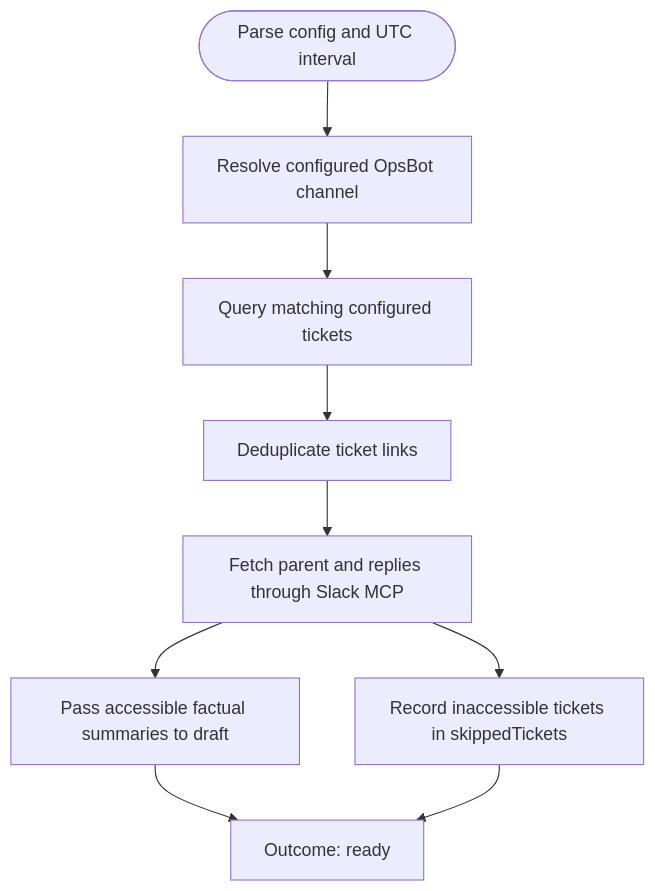
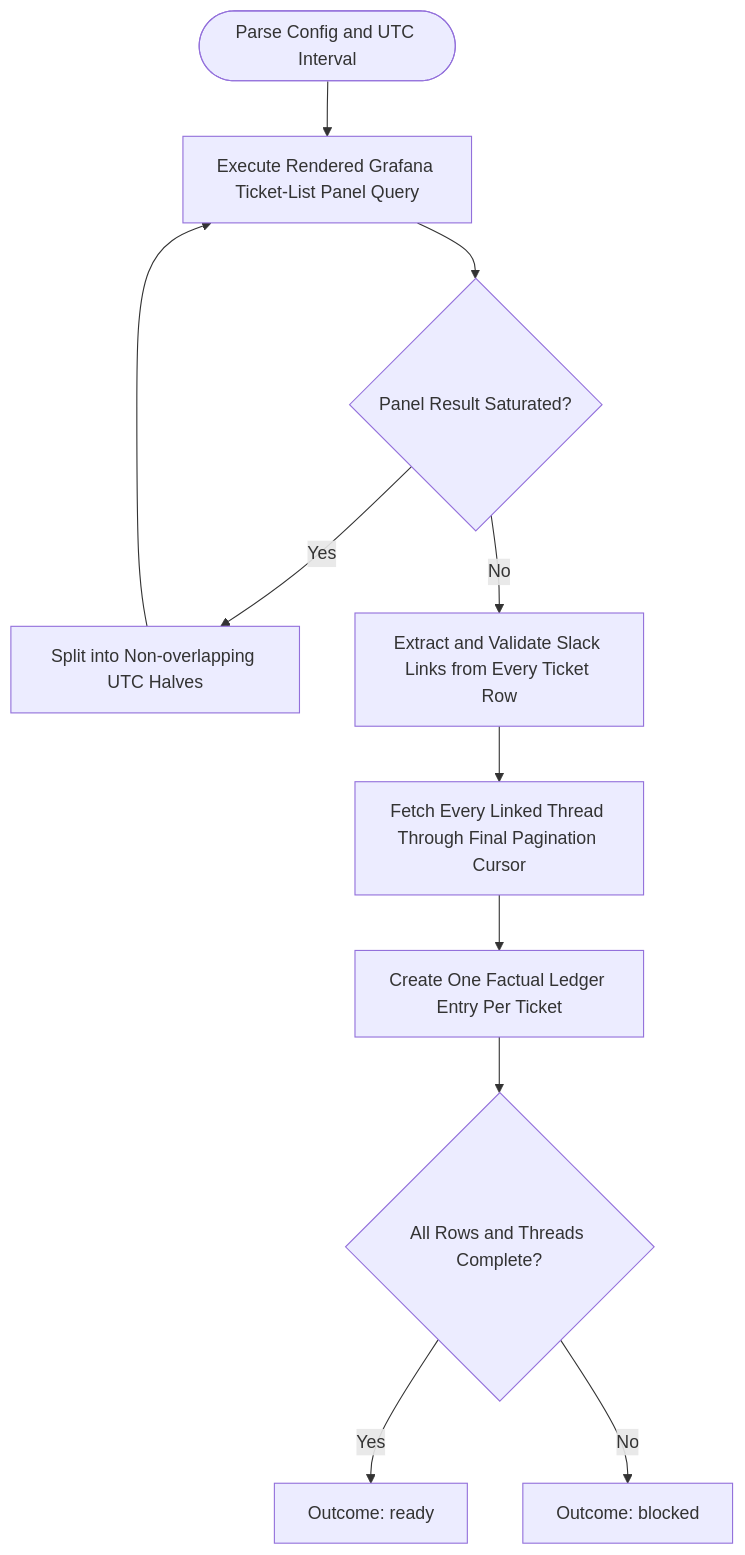
Before and after one commit to wichayutdew/dotfiles: the diagram in .pi/agent/workflows/steps/sprint-triage/collect.md, drawn with Mermaid. The commit also changed other lines of this file and 2 other files, not shown here.

````diff
--- a/.pi/agent/workflows/steps/sprint-triage/collect.md
+++ b/.pi/agent/workflows/steps/sprint-triage/collect.md
@@ -10,11 +28,13 @@
 ```mermaid
 flowchart TD
-    Start([Parse config and UTC interval]) --> ResolveChannel[Resolve configured OpsBot channel]
-    ResolveChannel --> QueryTickets[Query matching configured tickets]
-    QueryTickets --> Deduplicate[Deduplicate ticket links]
-    Deduplicate --> FetchThreads[Fetch parent and replies through Slack MCP]
-    FetchThreads --> Summarize[Pass accessible factual summaries to draft]
-    FetchThreads --> Skip[Record inaccessible tickets in skippedTickets]
-    Summarize --> Ready[Outcome: ready]
-    Skip --> Ready
+    Start([Parse Config and UTC Interval]) --> QueryPanel[Execute Rendered Grafana Ticket-List Panel Query]
+    QueryPanel --> CheckCap{Panel Result Saturated?}
+    CheckCap -->|Yes| SplitInterval[Split into Non-overlapping UTC Halves]
+    SplitInterval --> QueryPanel
+    CheckCap -->|No| ExtractLinks[Extract and Validate Slack Links from Every Ticket Row]
+    ExtractLinks --> FetchThreads[Fetch Every Linked Thread Through Final Pagination Cursor]
+    FetchThreads --> BuildLedger[Create One Factual Ledger Entry Per Ticket]
+    BuildLedger --> VerifyCoverage{All Rows and Threads Complete?}
+    VerifyCoverage -->|Yes| ReadyFull[Outcome: ready]
+    VerifyCoverage -->|No| Blocked[Outcome: blocked]
 ```
````
